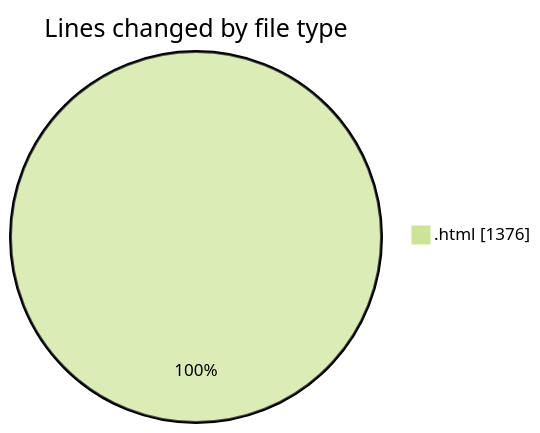
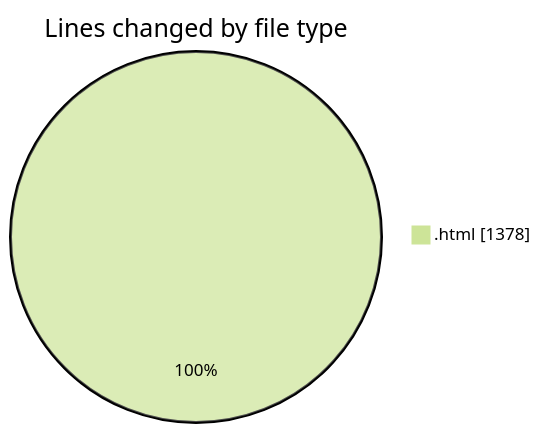
Before and after one commit to shibass792/code-tracking: the first of 2 diagrams in 2026-07-12/untitled__workspace_/README.md, drawn with Mermaid (forest theme). The commit also changed other lines of this file and 1 other file, not shown here.

````diff
--- a/2026-07-12/untitled__workspace_/README.md
+++ b/2026-07-12/untitled__workspace_/README.md
@@ -20,5 +20,5 @@
 ```mermaid
 pie showData
 title Lines changed by file type
-".html" : 1376
+".html" : 1378
 ```
````
